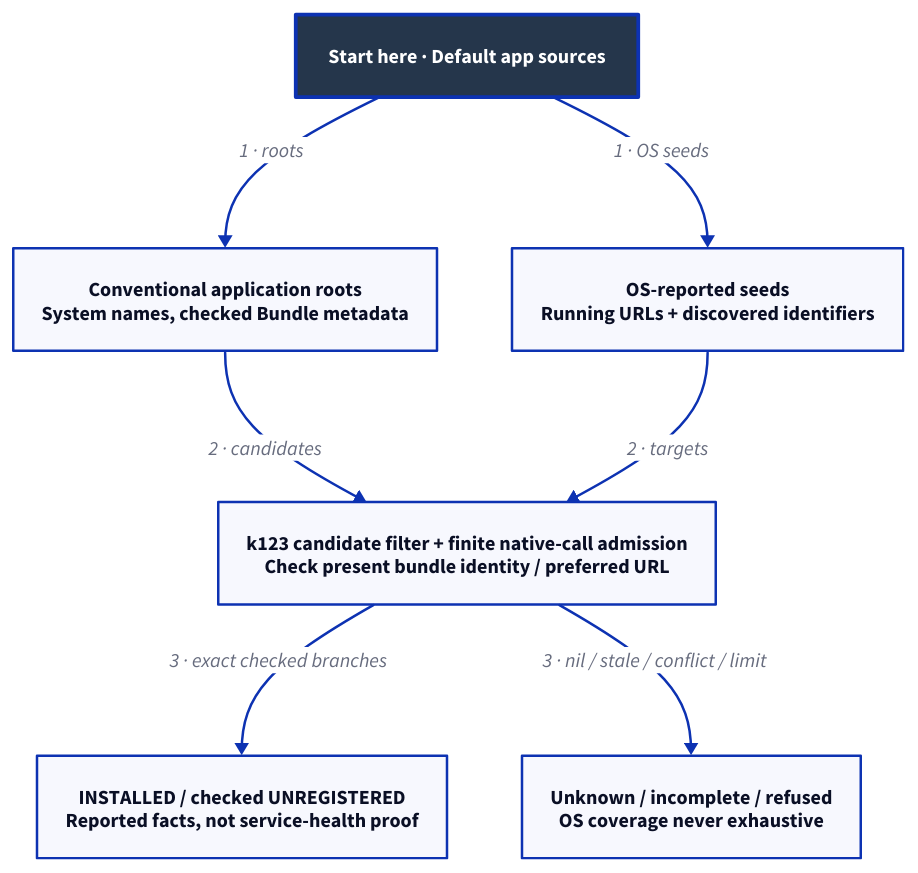
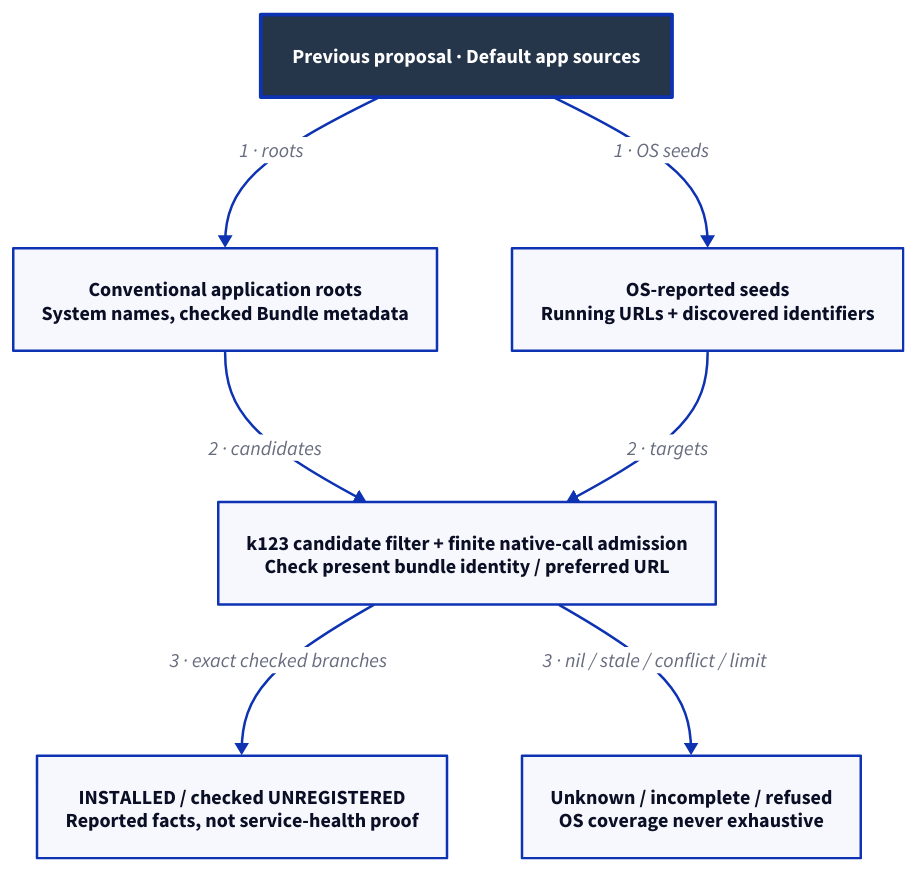
One commit to Linkuistics/Koine changed the diagram in docs/design/architecture/search-inspection.d2. Above: the diagram before and after it, drawn with D2. The commit also changed 138 other files, not shown here.

First line of the commit message:
Move raw search to clients and define v1 native discovery (search-tool-permissions-k196)

```diff
--- a/docs/design/architecture/search-inspection.d2
+++ b/docs/design/architecture/search-inspection.d2
@@ -1,17 +1,17 @@
-# Selected mechanism, subject to human choices/review/native acceptance.
+# Previous raw-search proposal only; not the current v1 API or backend.
 direction: down
 classes: {
   start: {style: {fill: "#25364B"; font-color: "#FFFFFF"; bold: true; stroke-width: 3}}
 }
-Start: "Start here · Default app sources" {class: start}
+Start: "Previous proposal · Default app sources" {class: start}
 Roots: "Conventional application roots\nSystem names, checked Bundle metadata"
 Seeds: "OS-reported seeds\nRunning URLs + discovered identifiers"
 Inspect: "k123 candidate filter + finite native-call admission\nCheck present bundle identity / preferred URL"
 Positive: "INSTALLED / checked UNREGISTERED\nReported facts, not service-health proof"
 Unknown: "Unknown / incomplete / refused\nOS coverage never exhaustive"
 Start -> Roots: "1 · roots"
 Start -> Seeds: "1 · OS seeds"
 Roots -> Inspect: "2 · candidates"
 Seeds -> Inspect: "2 · targets"
 Inspect -> Positive: "3 · exact checked branches"
 Inspect -> Unknown: "3 · nil / stale / conflict / limit"
```
